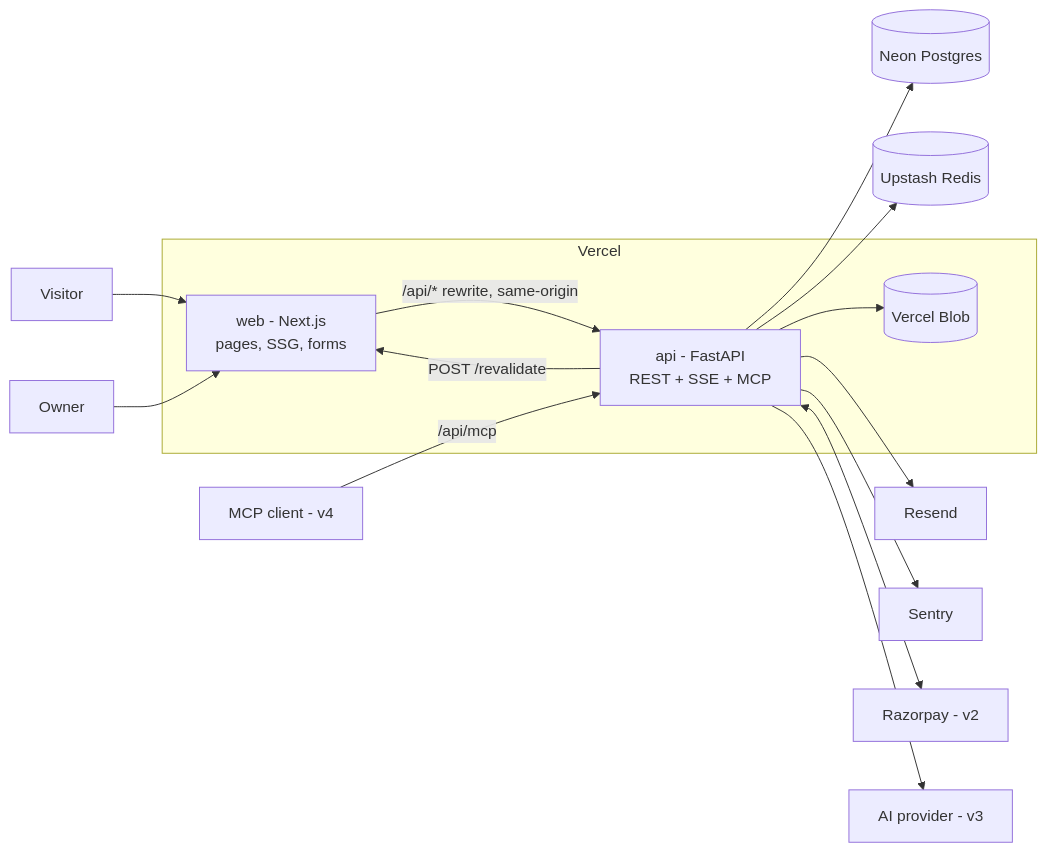
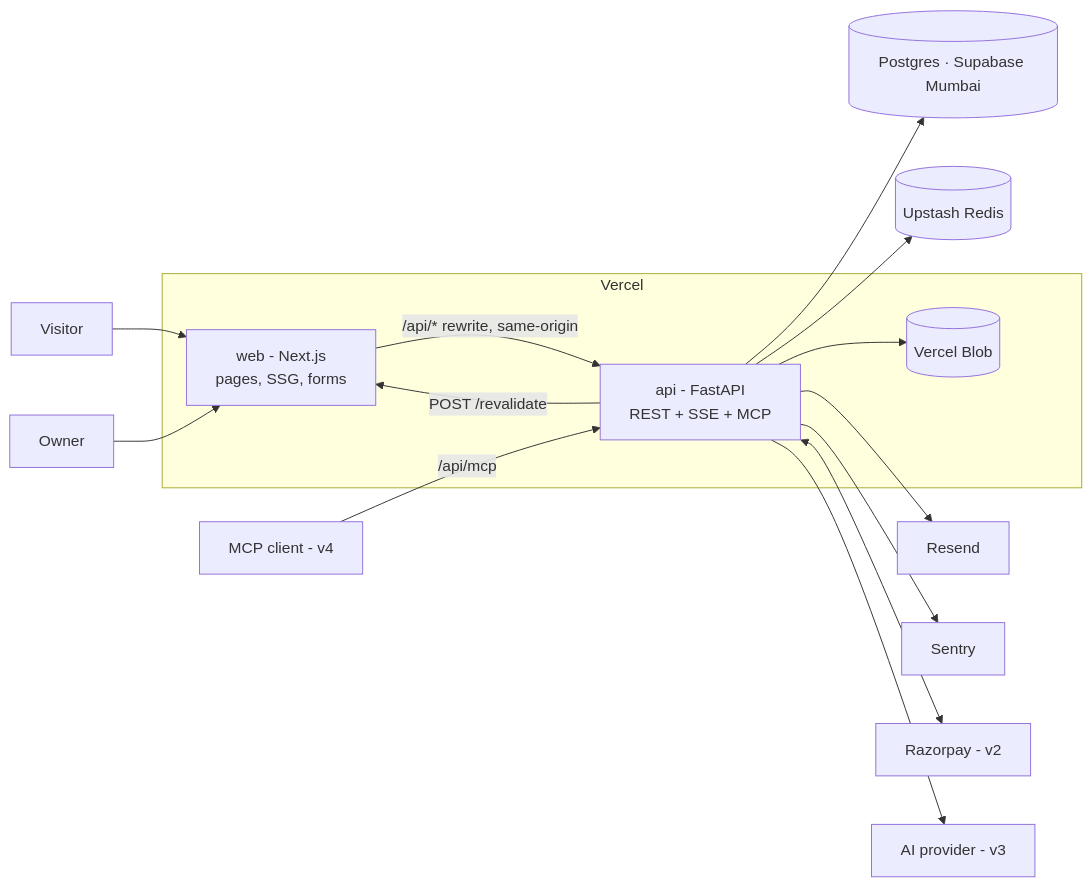
Before and after one commit to virajdomadia/tripsmith: the first of 3 diagrams in docs/05-architecture.md, drawn with Mermaid. The commit also changed other lines of this file and 24 other files, not shown here.

````diff
--- a/docs/05-architecture.md
+++ b/docs/05-architecture.md
@@ -19,26 +19,26 @@
 ```mermaid
 flowchart LR
   V[Visitor]
   O[Owner]
   MC[MCP client - v4]
   subgraph Vercel
     WEB[web - Next.js<br/>pages, SSG, forms]
     API[api - FastAPI<br/>REST + SSE + MCP]
     BLOB[(Vercel Blob)]
   end
-  NEON[(Neon Postgres)]
+  PG[(Postgres · Supabase Mumbai)]
   UP[(Upstash Redis)]
   RES[Resend]
   SEN[Sentry]
   RZ[Razorpay - v2]
   AI[AI provider - v3]
 
   V --> WEB
   O --> WEB
   WEB -->|/api/* rewrite, same-origin| API
   MC -->|/api/mcp| API
-  API --> NEON & UP & BLOB & RES & SEN
+  API --> PG & UP & BLOB & RES & SEN
   API <--> RZ
   API --> AI
   API -->|POST /revalidate| WEB
 ```
````
